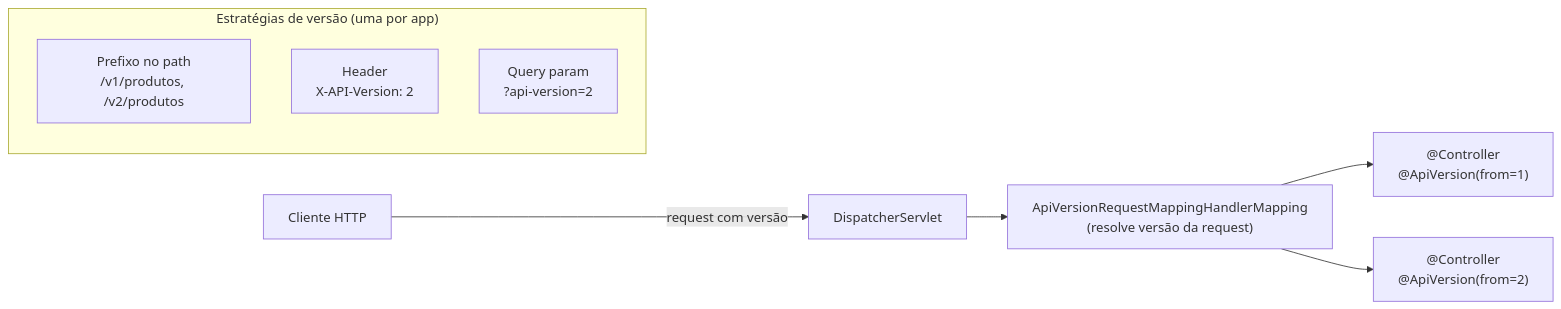
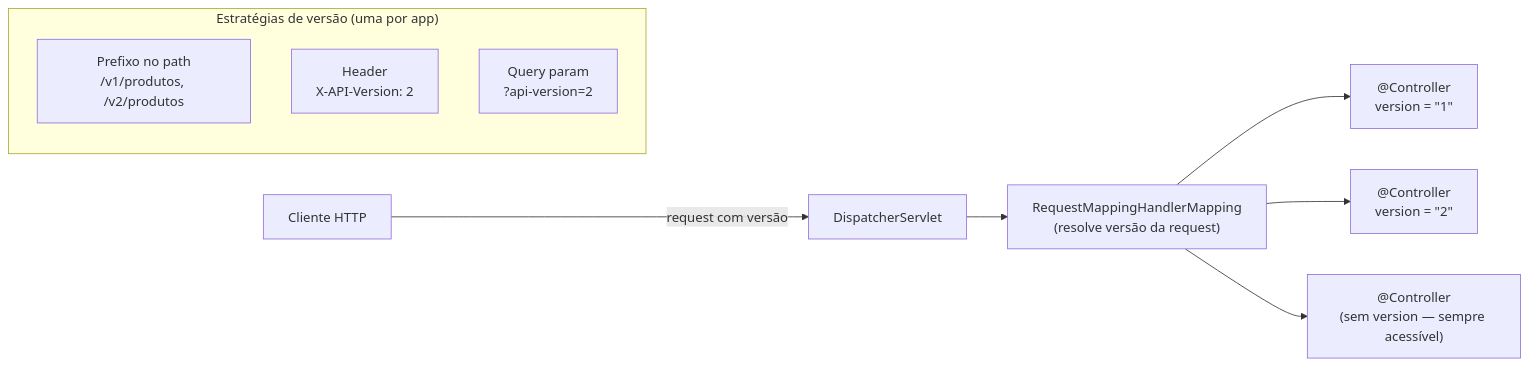
The tenth of 17 diagrams in Dicas-Spring-MVC-REST.md (ftsuda-senac/dicas-desenvolvimento), drawn with Mermaid before and after one commit. The commit also changed other lines of this file and 16 other files, not shown here.

````diff
--- a/Dicas-Spring-MVC-REST.md
+++ b/Dicas-Spring-MVC-REST.md
@@ -4479,13 +4480,14 @@
 ```mermaid
 flowchart LR
     subgraph Estratégias["Estratégias de versão (uma por app)"]
         P["Prefixo no path<br>/v1/produtos, /v2/produtos"]
         H["Header<br>X-API-Version: 2"]
         Q["Query param<br>?api-version=2"]
     end
 
     C["Cliente HTTP"] -- "request com versão" --> DS["DispatcherServlet"]
-    DS --> AVRM["ApiVersionRequestMappingHandlerMapping<br>(resolve versão da request)"]
-    AVRM --> CTRL["@Controller<br>@ApiVersion(from=1)"]
-    AVRM --> CTRL2["@Controller<br>@ApiVersion(from=2)"]
+    DS --> AVRM["RequestMappingHandlerMapping<br>(resolve versão da request)"]
+    AVRM --> CTRL["@Controller<br>version = &quot;1&quot;"]
+    AVRM --> CTRL2["@Controller<br>version = &quot;2&quot;"]
+    AVRM --> CTRL3["@Controller<br>(sem version — sempre acessível)"]
 ```
````
